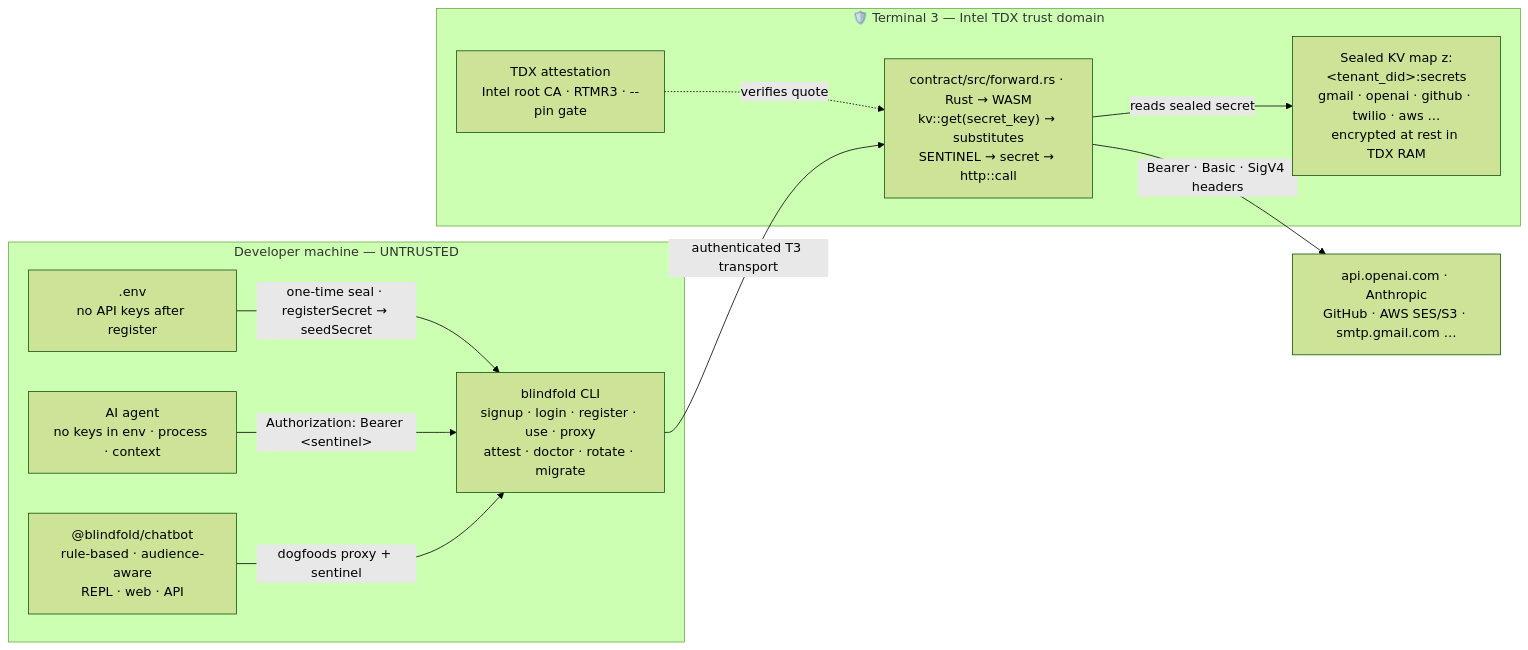
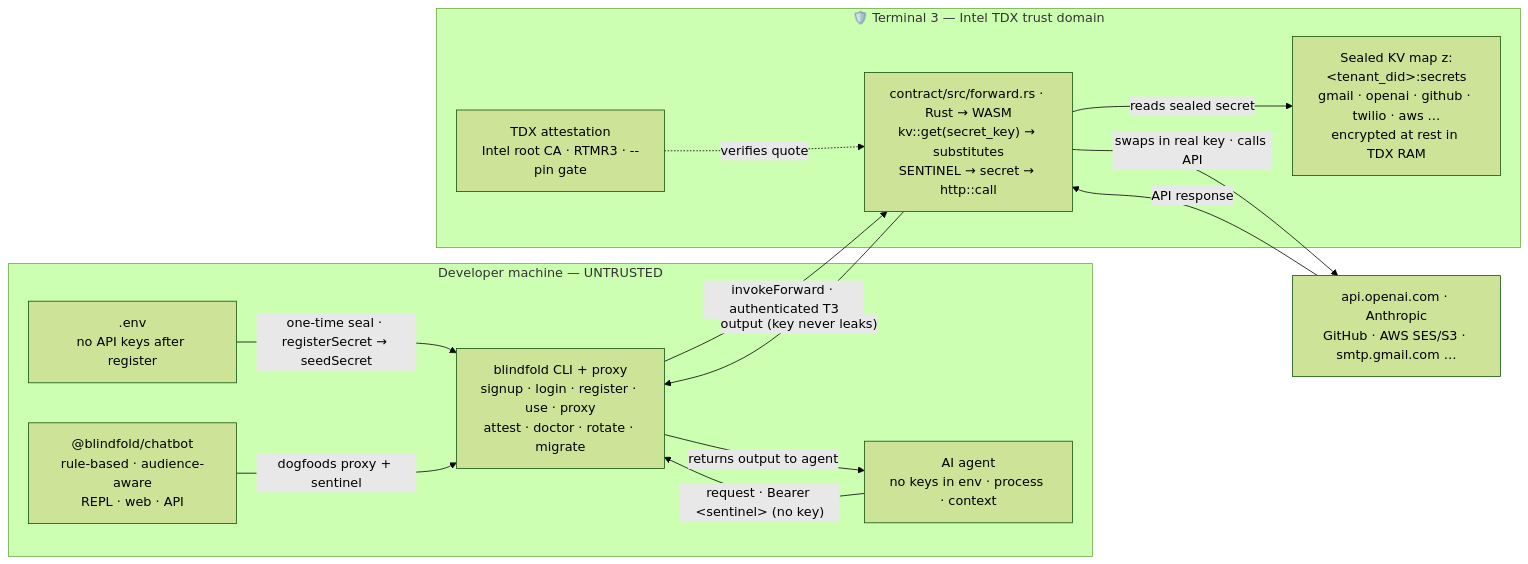
One commit to FiscalMindset/fiscalmindset changed diagram 12 of 14 in README.md. Above: the diagram before and after it, drawn with Mermaid (forest theme). The commit also changed other lines of this file, not shown here.

Commit message:
Show API response round-trip in Blindfold diagram, use official tagline everywhere, correct built-with to TypeScript + Rust (WASM)

````diff
--- a/README.md
+++ b/README.md
@@ -367,25 +367,28 @@
 ```mermaid
 flowchart LR
     subgraph DEV["Developer machine — UNTRUSTED"]
         ENV[".env<br/>no API keys after register"]
         AGENT["AI agent<br/>no keys in env · process · context"]
         CHAT["@blindfold/chatbot<br/>rule-based · audience-aware<br/>REPL · web · API"]
-        CLI["blindfold CLI<br/>signup · login · register · use · proxy<br/>attest · doctor · rotate · migrate"]
+        CLI["blindfold CLI + proxy<br/>signup · login · register · use · proxy<br/>attest · doctor · rotate · migrate"]
     end
 
     subgraph T3["🛡️ Terminal 3 — Intel TDX trust domain"]
         KV["Sealed KV map z:&lt;tenant_did&gt;:secrets<br/>gmail · openai · github · twilio · aws …<br/>encrypted at rest in TDX RAM"]
         FW["contract/src/forward.rs · Rust → WASM<br/>kv::get(secret_key) → substitutes<br/>SENTINEL → secret → http::call"]
         ATTEST["TDX attestation<br/>Intel root CA · RTMR3 · --pin gate"]
         FW -->|"reads sealed secret"| KV
         ATTEST -.->|"verifies quote"| FW
     end
 
     API["api.openai.com · Anthropic<br/>GitHub · AWS SES/S3 · smtp.gmail.com …"]
 
     ENV -->|"one-time seal · registerSecret → seedSecret"| CLI
-    AGENT -->|"Authorization: Bearer &lt;sentinel&gt;"| CLI
+    AGENT -->|"request · Bearer &lt;sentinel&gt; (no key)"| CLI
     CHAT -->|"dogfoods proxy + sentinel"| CLI
-    CLI -->|"authenticated T3 transport"| FW
-    FW -->|"Bearer · Basic · SigV4 headers"| API
+    CLI -->|"invokeForward · authenticated T3"| FW
+    FW -->|"swaps in real key · calls API"| API
+    API -->|"API response"| FW
+    FW -->|"output (key never leaks)"| CLI
+    CLI -->|"returns output to agent"| AGENT
 ```
````
